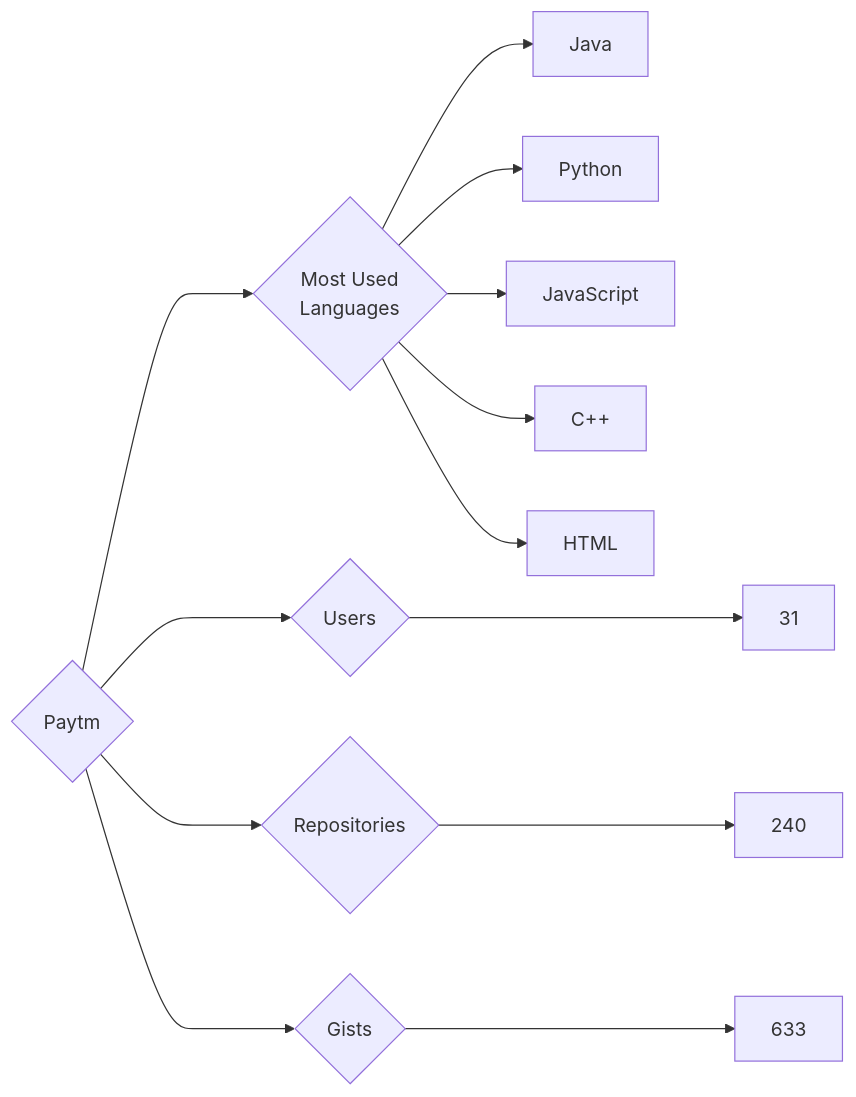
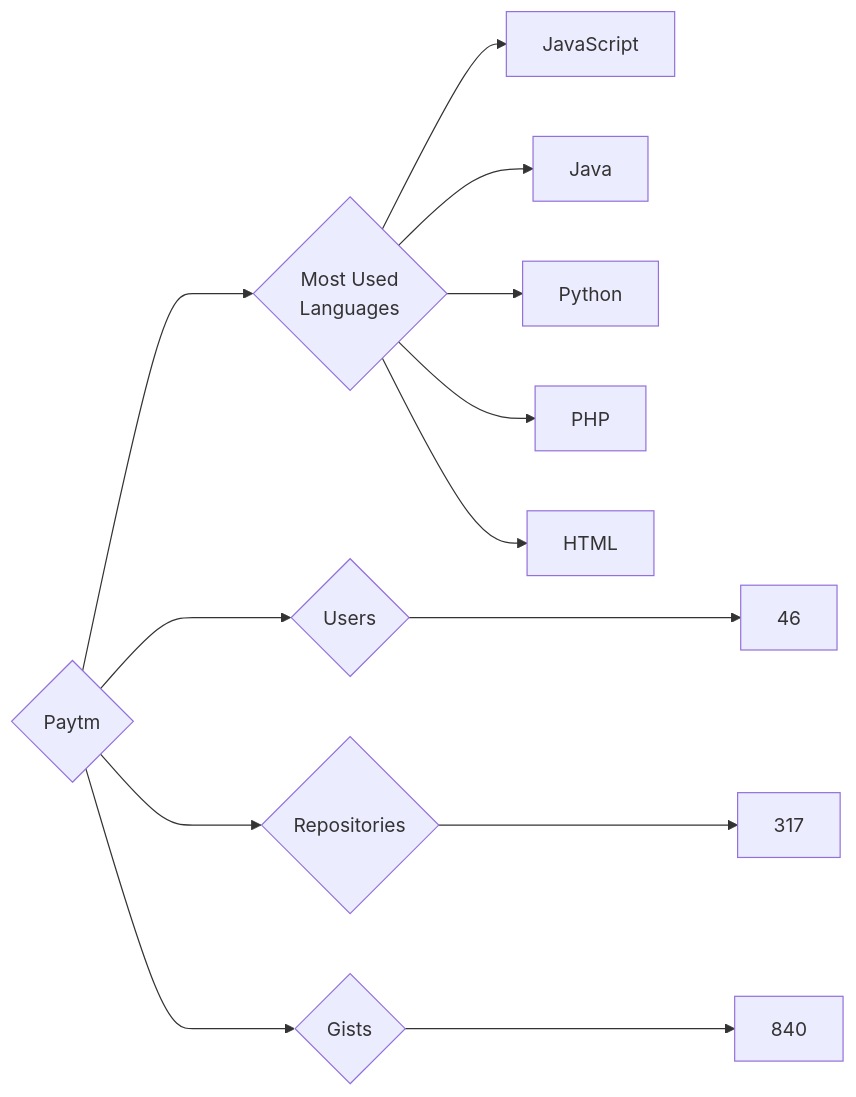
Before and after one commit to trickest/insiders: the diagram in targets/Paytm/README.md, drawn with Mermaid. The commit also changed 806 other files, not shown here.

````diff
--- a/targets/Paytm/README.md
+++ b/targets/Paytm/README.md
@@ -3,13 +3,13 @@
 ```mermaid
 graph LR
 COMPANY_NAME{Paytm}
-COMPANY_NAME ---> U{Users} ---> UN[31]
-COMPANY_NAME ---> R{Repositories} ---> RN[240]
-COMPANY_NAME ---> G{Gists} ---> GN[633]
+COMPANY_NAME ---> U{Users} ---> UN[46]
+COMPANY_NAME ---> R{Repositories} ---> RN[317]
+COMPANY_NAME ---> G{Gists} ---> GN[840]
 COMPANY_NAME ---> ML{Most Used<br>Languages}
+ML --> JavaScript[JavaScript]
 ML --> Java[Java]
 ML --> Python[Python]
-ML --> JavaScript[JavaScript]
-ML --> C++[C++]
+ML --> PHP[PHP]
 ML --> HTML[HTML]
 ```
````
